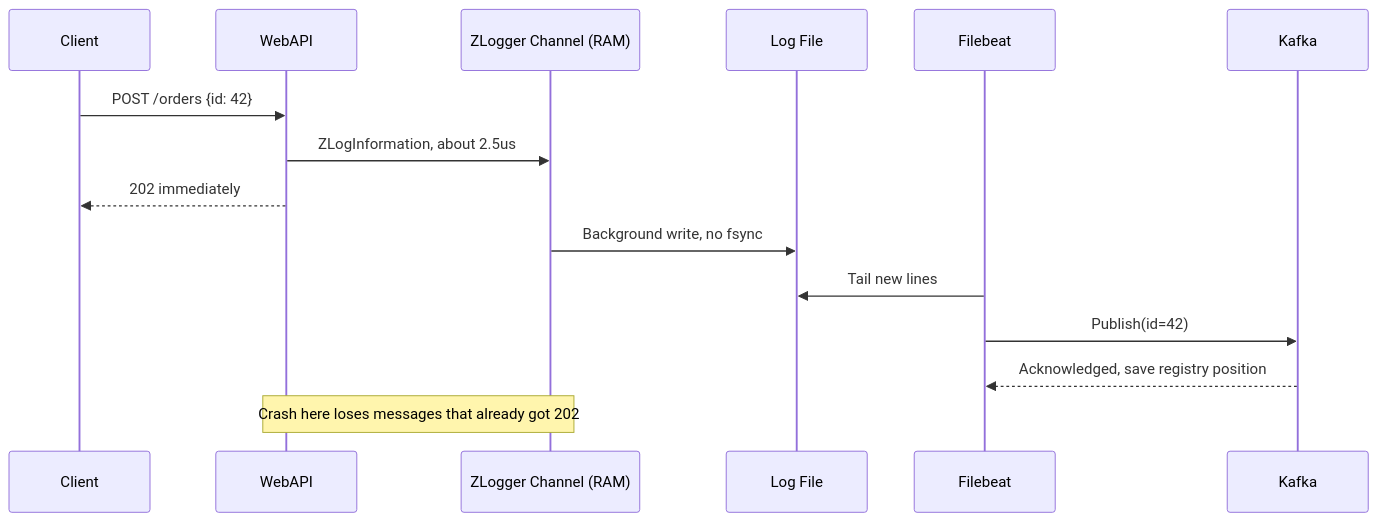
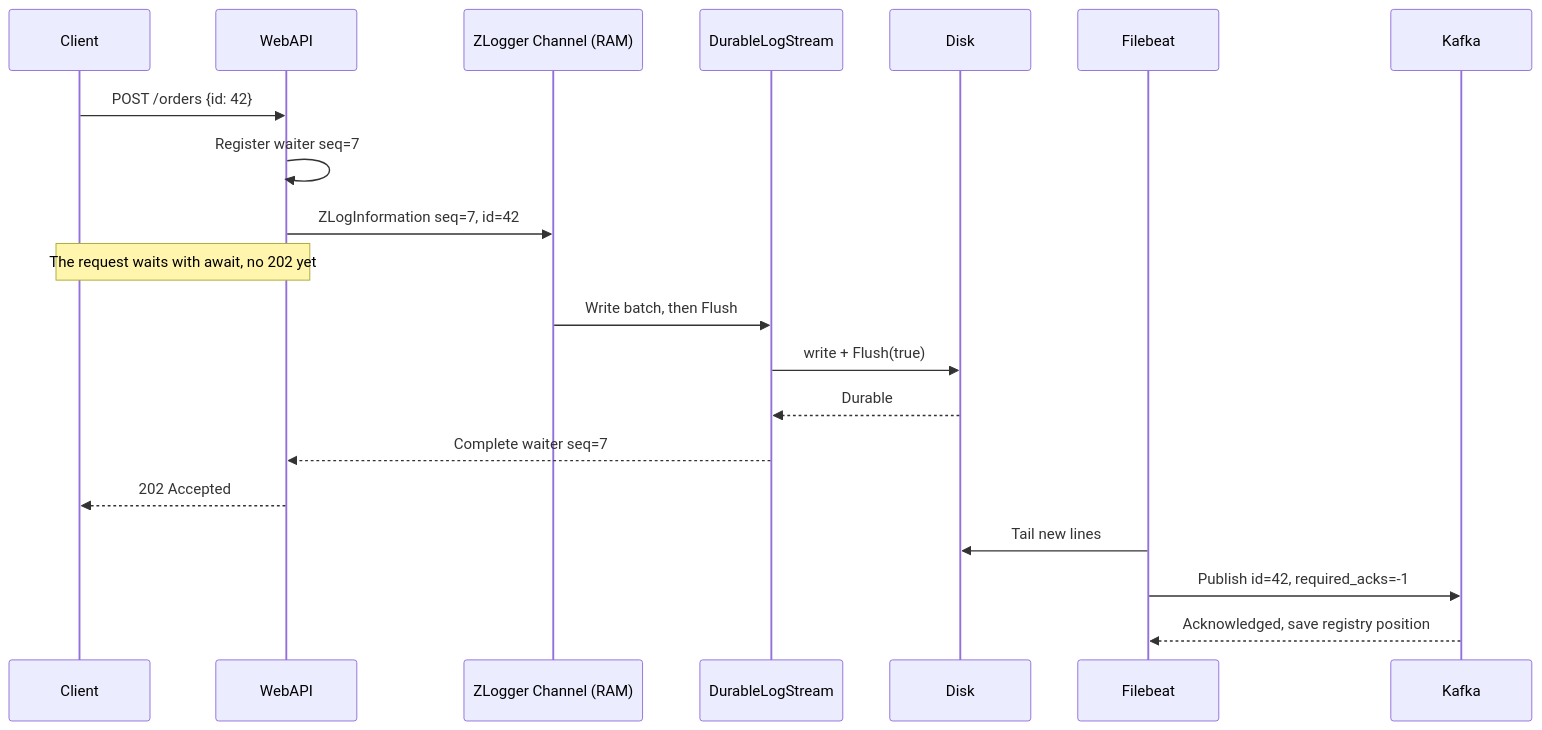
The first of 3 diagrams in docs/zlogger-file-relay.md (wesamkhateeb98-creator/OutMessageToKafka), drawn with Mermaid before and after one commit. The commit also changed other lines of this file and 26 other files, not shown here.

````diff
--- a/docs/zlogger-file-relay.md
+++ b/docs/zlogger-file-relay.md
@@ -17,17 +24,22 @@
 ```mermaid
 sequenceDiagram
     participant C as Client
     participant A as WebAPI
     participant Z as ZLogger Channel (RAM)
-    participant F as Log File
+    participant S as DurableLogStream
+    participant D as Disk
     participant B as Filebeat
     participant K as Kafka
     C->>A: POST /orders {id: 42}
-    A->>Z: ZLogInformation, about 2.5us
-    A-->>C: 202 immediately
-    Z->>F: Background write, no fsync
-    B->>F: Tail new lines
-    B->>K: Publish(id=42)
+    A->>A: Register waiter seq=7
+    A->>Z: ZLogInformation seq=7, id=42
+    Note over C,A: The request waits with await, no 202 yet
+    Z->>S: Write batch, then Flush
+    S->>D: write + Flush(true)
+    D-->>S: Durable
+    S-->>A: Complete waiter seq=7
+    A-->>C: 202 Accepted
+    B->>D: Tail new lines
+    B->>K: Publish id=42, required_acks=-1
     K-->>B: Acknowledged, save registry position
-    Note over A,Z: Crash here loses messages that already got 202
 ```
````
